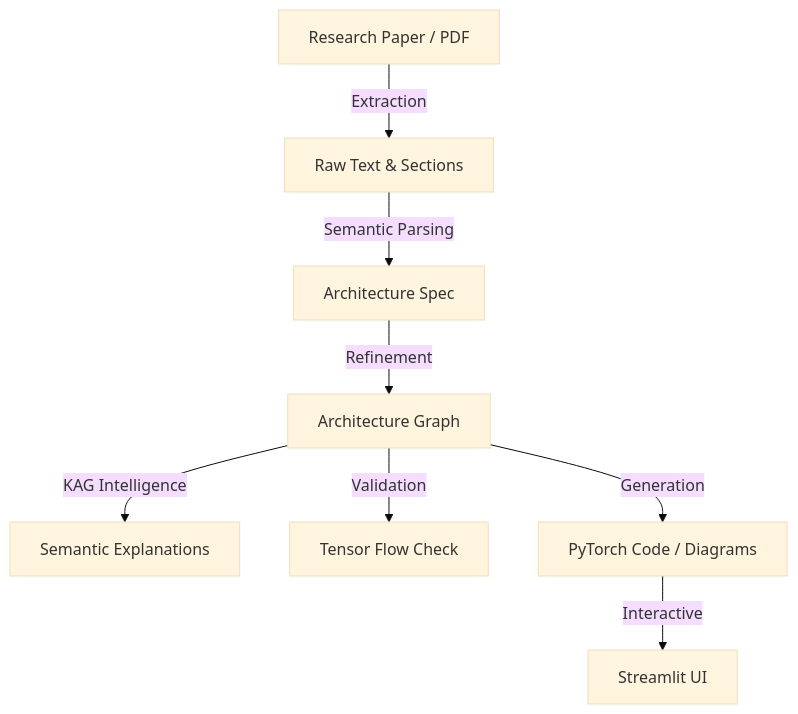
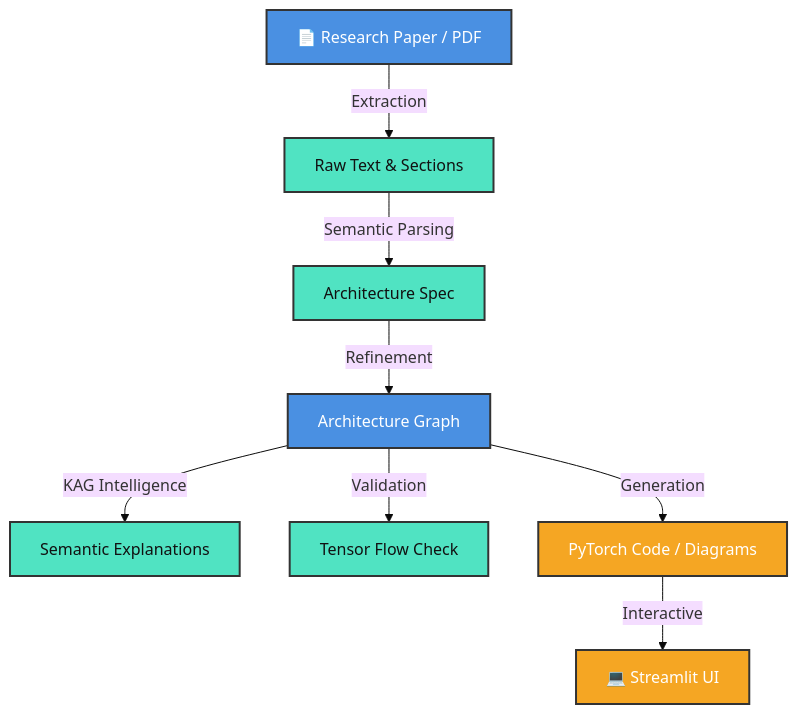
Before and after one commit to officialpk956-wq/paper2code: the diagram in README.md, drawn with Mermaid (base theme). The commit also changed other lines of this file, not shown here.

````diff
--- a/README.md
+++ b/README.md
@@ -46,10 +50,14 @@
 ```mermaid
 graph TD
-    A[Research Paper / PDF] -->|Extraction| B[Raw Text & Sections]
-    B -->|Semantic Parsing| C[Architecture Spec]
-    C -->|Refinement| D[Architecture Graph]
-    D -->|KAG Intelligence| E[Semantic Explanations]
-    D -->|Validation| F[Tensor Flow Check]
-    D -->|Generation| G[PyTorch Code / Diagrams]
-    G -->|Interactive| H[Streamlit UI]
+    classDef primary fill:#4A90E2,stroke:#333,stroke-width:2px,color:#fff;
+    classDef secondary fill:#50E3C2,stroke:#333,stroke-width:2px,color:#111;
+    classDef terminal fill:#F5A623,stroke:#333,stroke-width:2px,color:#fff;
+    
+    A[📄 Research Paper / PDF]:::primary -->|Extraction| B[Raw Text & Sections]:::secondary
+    B -->|Semantic Parsing| C[Architecture Spec]:::secondary
+    C -->|Refinement| D[Architecture Graph]:::primary
+    D -->|KAG Intelligence| E[Semantic Explanations]:::secondary
+    D -->|Validation| F[Tensor Flow Check]:::secondary
+    D -->|Generation| G[PyTorch Code / Diagrams]:::terminal
+    G -->|Interactive| H[💻 Streamlit UI]:::terminal
 ```
````
